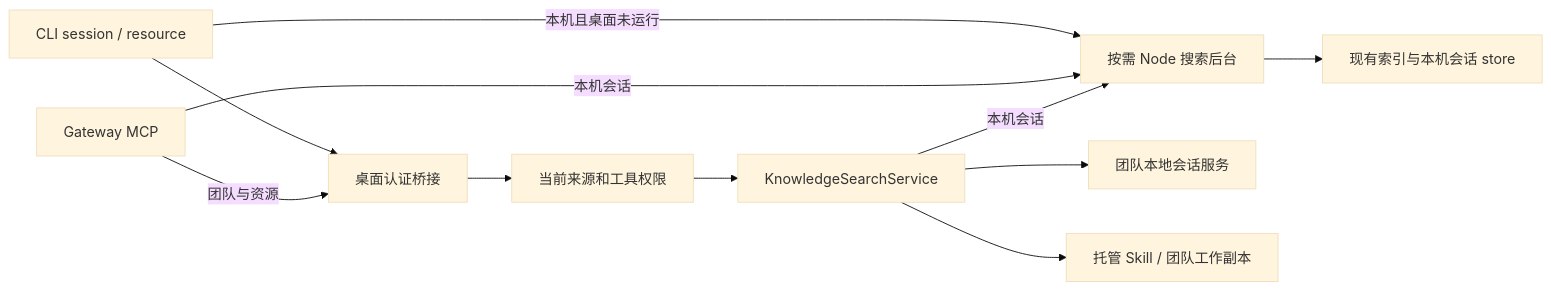
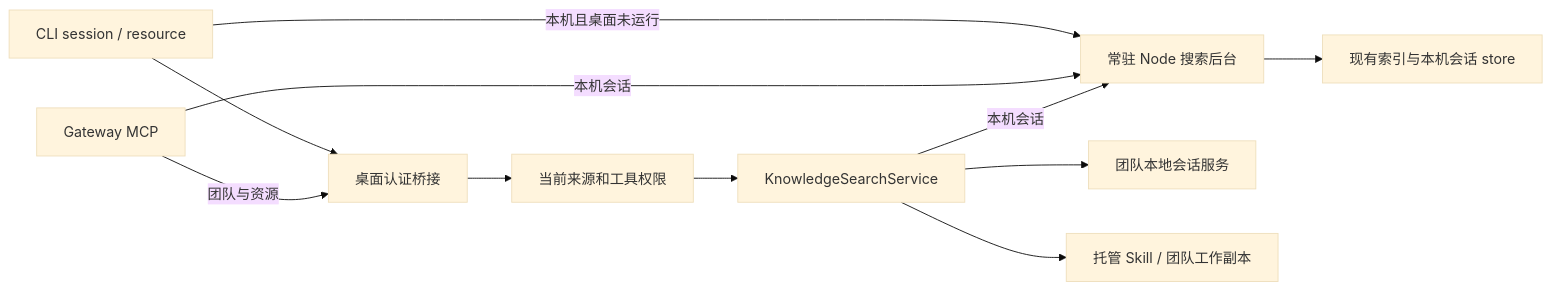
One commit to zszz3/AgentRecall changed the diagram in docs/spec/knowledge-search.md. Above: the diagram before and after it, drawn with Mermaid (base theme). The commit also changed other lines of this file and 13 other files, not shown here.

````diff
--- a/docs/spec/knowledge-search.md
+++ b/docs/spec/knowledge-search.md
@@ -7,13 +7,13 @@
 ```mermaid
 flowchart LR
     CLI[CLI session / resource] --> Bridge[桌面认证桥接]
-    CLI -->|本机且桌面未运行| Backend[按需 Node 搜索后台]
+    CLI -->|本机且桌面未运行| Backend[常驻 Node 搜索后台]
     MCP[Gateway MCP] -->|本机会话| Backend
     MCP -->|团队与资源| Bridge
     Bridge --> Gate[当前来源和工具权限]
     Gate --> Search[KnowledgeSearchService]
     Search -->|本机会话| Backend
     Search --> Team[团队本地会话服务]
     Search --> Assets[托管 Skill / 团队工作副本]
     Backend --> Local[现有索引与本机会话 store]
 ```
````
